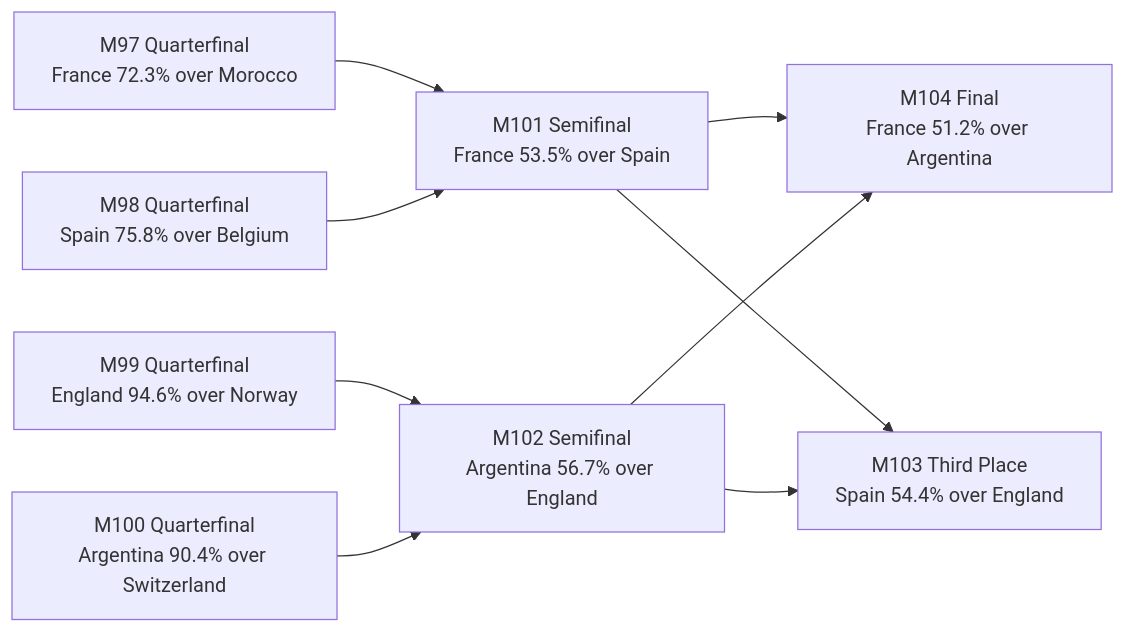
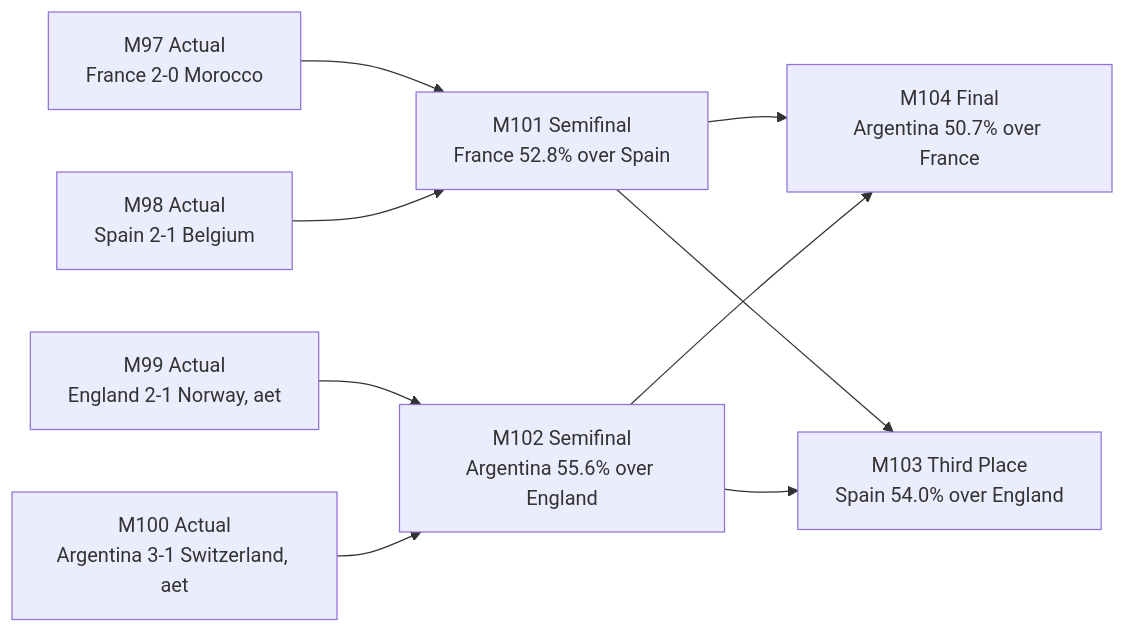
One commit to Zyy7390/worldcup26 changed the diagram in README.md. Above: the diagram before and after it, drawn with Mermaid. The commit also changed other lines of this file and 33 other files, not shown here.

````diff
--- a/README.md
+++ b/README.md
@@ -59,11 +59,11 @@
 ```mermaid
 flowchart LR
-  QF97["M97 Quarterfinal<br/>France 72.3% over Morocco"] --> SF101["M101 Semifinal<br/>France 53.5% over Spain"]
-  QF98["M98 Quarterfinal<br/>Spain 75.8% over Belgium"] --> SF101
-  QF99["M99 Quarterfinal<br/>England 94.6% over Norway"] --> SF102["M102 Semifinal<br/>Argentina 56.7% over England"]
-  QF100["M100 Quarterfinal<br/>Argentina 90.4% over Switzerland"] --> SF102
-  SF101 --> Final["M104 Final<br/>France 51.2% over Argentina"]
+  QF97["M97 Actual<br/>France 2-0 Morocco"] --> SF101["M101 Semifinal<br/>France 52.8% over Spain"]
+  QF98["M98 Actual<br/>Spain 2-1 Belgium"] --> SF101
+  QF99["M99 Actual<br/>England 2-1 Norway, aet"] --> SF102["M102 Semifinal<br/>Argentina 55.6% over England"]
+  QF100["M100 Actual<br/>Argentina 3-1 Switzerland, aet"] --> SF102
+  SF101 --> Final["M104 Final<br/>Argentina 50.7% over France"]
   SF102 --> Final
-  SF101 --> Third["M103 Third Place<br/>Spain 54.4% over England"]
+  SF101 --> Third["M103 Third Place<br/>Spain 54.0% over England"]
   SF102 --> Third
 ```
````
